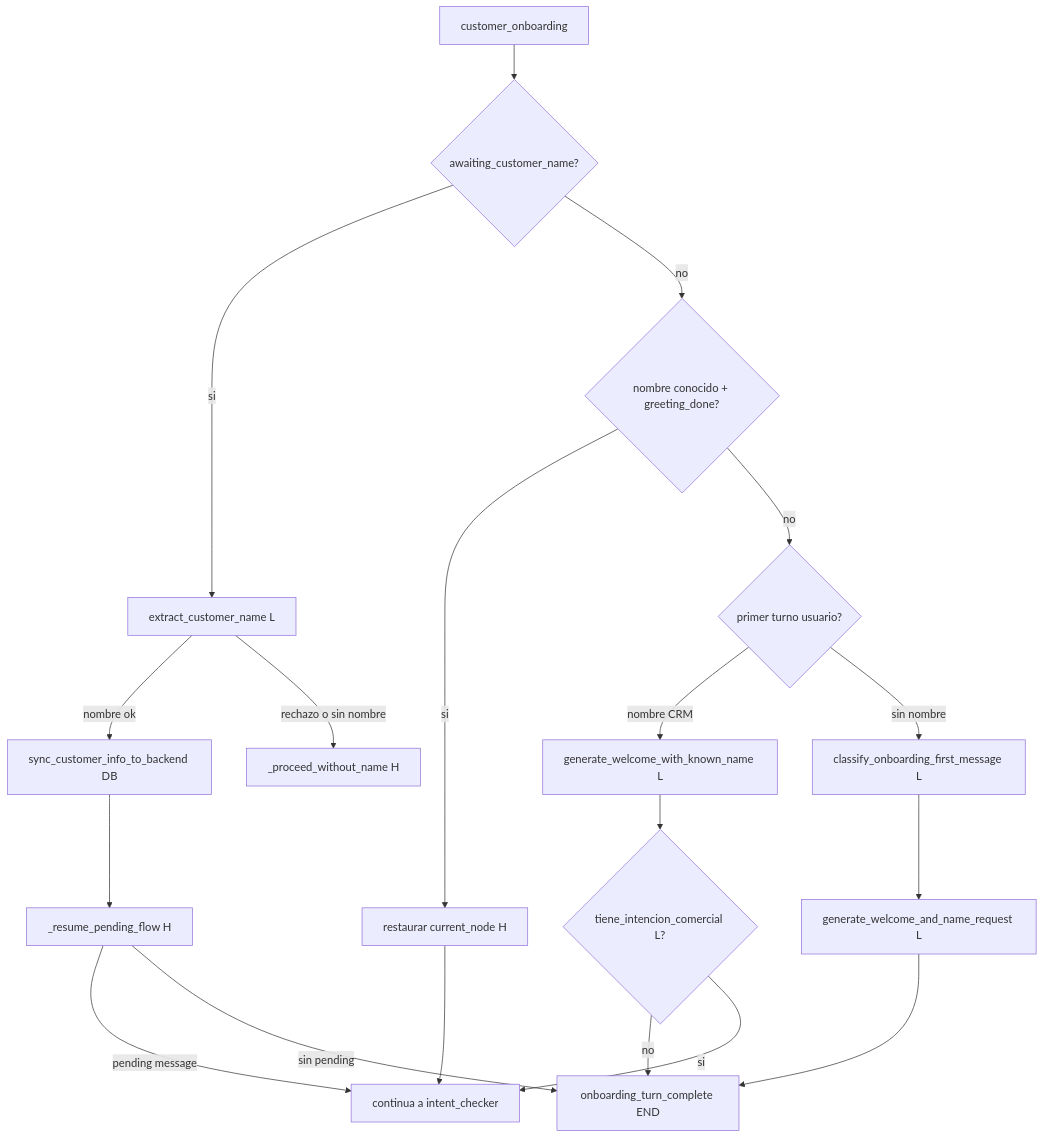
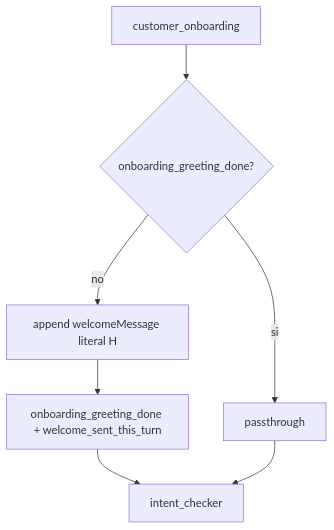
The third of 10 diagrams in bot/docs/flujo-completo.md (JoseManuelGdlO/car-advisor-bot), drawn with Mermaid before and after one commit. The commit also changed other lines of this file and 16 other files, not shown here.

First line of the commit message:
feat: streamline customer onboarding process and enhance greeting logic

````diff
--- a/bot/docs/flujo-completo.md
+++ b/bot/docs/flujo-completo.md
@@ -113,21 +112,9 @@
 ```mermaid
 flowchart TD
-    entry[customer_onboarding] --> awaiting{awaiting_customer_name?}
-    awaiting -->|si| extractName["extract_customer_name L"]
-    extractName -->|nombre ok| syncDB["sync_customer_info_to_backend DB"]
-    syncDB --> resume["_resume_pending_flow H"]
-    extractName -->|rechazo o sin nombre| proceedWithoutName["_proceed_without_name H"]
-    awaiting -->|no| knownName{nombre conocido + greeting_done?}
-    knownName -->|si| passthrough["restaurar current_node H"]
-    knownName -->|no| firstTurn{primer turno usuario?}
-    firstTurn -->|nombre CRM| welcomeKnown["generate_welcome_with_known_name L"]
-    firstTurn -->|sin nombre| savePending["classify_onboarding_first_message L"]
-    savePending --> welcomeAsk["generate_welcome_and_name_request L"]
-    welcomeKnown --> commercialIntent{tiene_intencion_comercial L?}
-    commercialIntent -->|no| endTurn[onboarding_turn_complete END]
-    commercialIntent -->|si| continueFlow[continua a intent_checker]
-    welcomeAsk --> endTurn
-    resume -->|pending message| continueFlow
-    resume -->|sin pending| endTurn
-    passthrough --> continueFlow
+    entry[customer_onboarding] --> greetingDone{onboarding_greeting_done?}
+    greetingDone -->|si| passthrough[passthrough]
+    greetingDone -->|no| welcome["append welcomeMessage literal H"]
+    welcome --> markDone["onboarding_greeting_done + welcome_sent_this_turn"]
+    markDone --> intentChecker[intent_checker]
+    passthrough --> intentChecker
 ```
````
